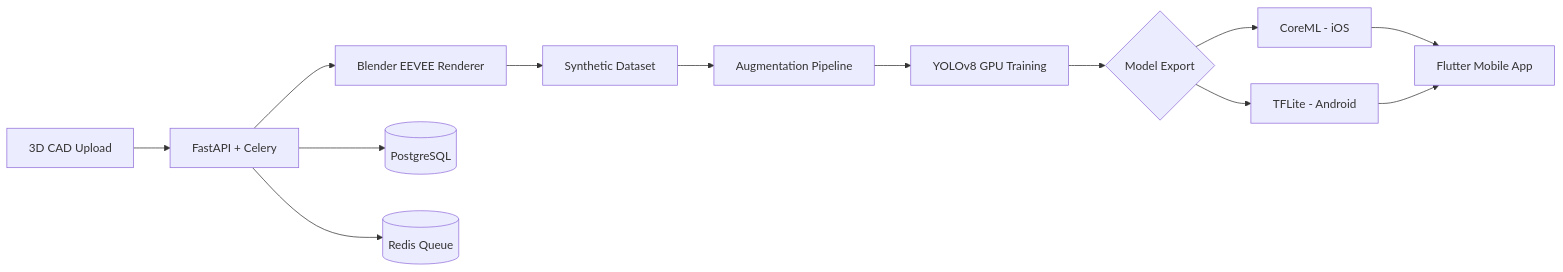
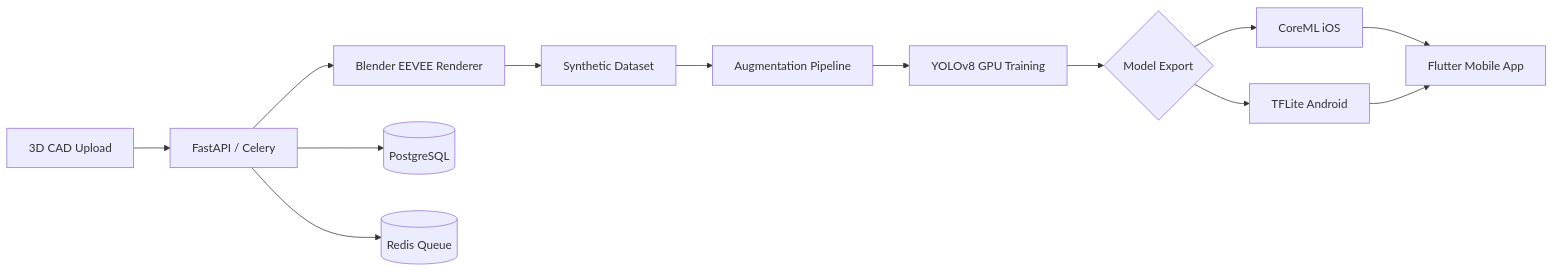
The fifth of 8 diagrams in README.md (dawarazhar11/dawarazhar11), drawn with Mermaid before and after one commit. The commit also changed other lines of this file, not shown here.

Commit message:
Fix Mermaid diagrams: quote labels, remove emojis, replace & joins

````diff
--- a/README.md
+++ b/README.md
@@ -232,14 +241,15 @@
 ```mermaid
 graph LR
-    A[3D CAD Upload] --> B[FastAPI + Celery]
-    B --> C[Blender EEVEE Renderer]
-    C --> D[Synthetic Dataset]
-    D --> E[Augmentation Pipeline]
-    E --> F[YOLOv8 GPU Training]
-    F --> G{Model Export}
-    G --> H[CoreML - iOS]
-    G --> I[TFLite - Android]
-    H & I --> J[Flutter Mobile App]
-    B --> K[(PostgreSQL)]
-    B --> L[(Redis Queue)]
+    A["3D CAD Upload"] --> B["FastAPI / Celery"]
+    B --> C["Blender EEVEE Renderer"]
+    C --> D["Synthetic Dataset"]
+    D --> E["Augmentation Pipeline"]
+    E --> F["YOLOv8 GPU Training"]
+    F --> G{"Model Export"}
+    G --> H["CoreML iOS"]
+    G --> I["TFLite Android"]
+    H --> J["Flutter Mobile App"]
+    I --> J
+    B --> K[("PostgreSQL")]
+    B --> L[("Redis Queue")]
 ```
````
